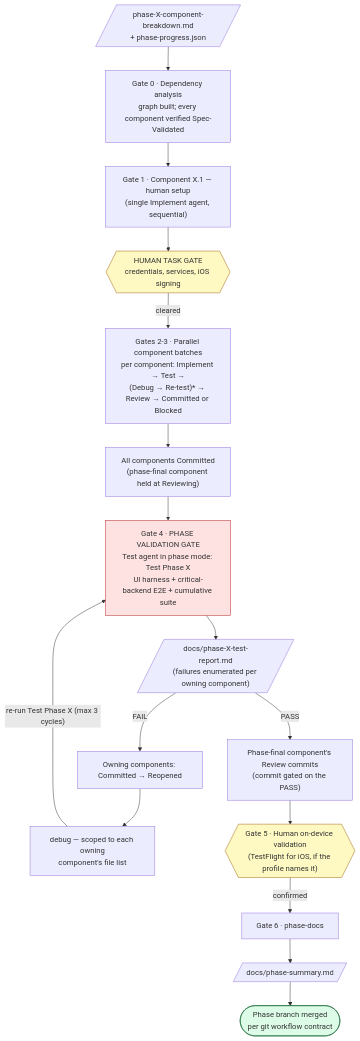
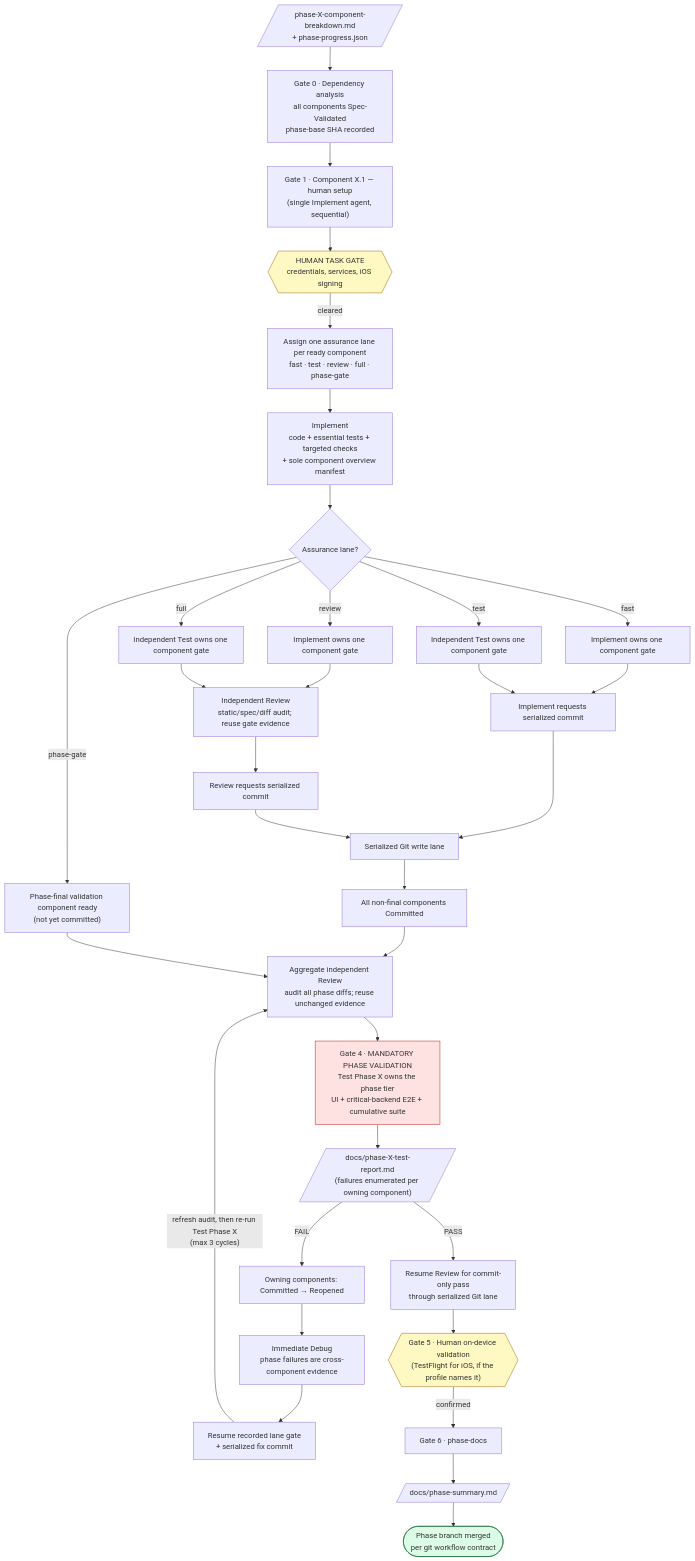
One commit to sjmeehan9/tycoon changed the sixth of 11 diagrams in supporting-files/AGENT_FLOWS.md. Above: the diagram before and after it, drawn with Mermaid. The commit also changed other lines of this file and 67 other files, not shown here.

````diff
--- a/supporting-files/AGENT_FLOWS.md
+++ b/supporting-files/AGENT_FLOWS.md
@@ -237,23 +248,40 @@
 ```mermaid
 flowchart TD
-    Inputs[/"phase-X-component-breakdown.md<br/>+ phase-progress.json"/] --> G0["Gate 0 · Dependency analysis<br/>graph built; every component verified Spec-Validated"]
+    Inputs[/"phase-X-component-breakdown.md<br/>+ phase-progress.json"/] --> G0["Gate 0 · Dependency analysis<br/>all components Spec-Validated<br/>phase-base SHA recorded"]
     G0 --> X1["Gate 1 · Component X.1 — human setup<br/>(single Implement agent, sequential)"]
     X1 --> HTG{{"HUMAN TASK GATE<br/>credentials, services, iOS signing"}}
-    HTG -->|cleared| Batch["Gates 2-3 · Parallel component batches<br/>per component: Implement → Test →<br/>(Debug → Re-test)* → Review → Committed or Blocked"]
-    Batch --> AllC["All components Committed<br/>(phase-final component held at Reviewing)"]
-    AllC --> PVG["Gate 4 · PHASE VALIDATION GATE<br/>Test agent in phase mode: Test Phase X<br/>UI harness + critical-backend E2E + cumulative suite"]
+    HTG -->|cleared| Assign["Assign one assurance lane per ready component<br/>fast · test · review · full · phase-gate"]
+    Assign --> Impl["Implement<br/>code + essential tests + targeted checks<br/>+ sole component overview manifest"]
+    Impl --> Lane{"Assurance lane?"}
+    Lane -->|fast| IGate["Implement owns one component gate"]
+    Lane -->|test| TGate["Independent Test owns one component gate"]
+    Lane -->|review| IGateR["Implement owns one component gate"]
+    Lane -->|full| TGateR["Independent Test owns one component gate"]
+    IGate --> ICommit["Implement requests serialized commit"]
+    TGate --> ICommit
+    IGateR --> R["Independent Review<br/>static/spec/diff audit; reuse gate evidence"]
+    TGateR --> R
+    R --> RCommit["Review requests serialized commit"]
+    ICommit --> CommitLane["Serialized Git write lane"]
+    RCommit --> CommitLane
+    CommitLane --> AllC["All non-final components Committed"]
+    Lane -->|phase-gate| FinalReady["Phase-final validation component ready<br/>(not yet committed)"]
+    AllC --> Audit["Aggregate independent Review<br/>audit all phase diffs; reuse unchanged evidence"]
+    FinalReady --> Audit
+    Audit --> PVG["Gate 4 · MANDATORY PHASE VALIDATION<br/>Test Phase X owns the phase tier<br/>UI + critical-backend E2E + cumulative suite"]
     PVG --> Report[/"docs/phase-X-test-report.md<br/>(failures enumerated per owning component)"/]
     Report -->|FAIL| Reopen["Owning components: Committed → Reopened"]
-    Reopen --> DebugP["debug — scoped to each owning<br/>component's file list"]
-    DebugP -->|"re-run Test Phase X (max 3 cycles)"| PVG
-    Report -->|PASS| FinalCommit["Phase-final component's Review commits<br/>(commit gated on the PASS)"]
+    Reopen --> DebugP["Immediate Debug<br/>phase failures are cross-component evidence"]
+    DebugP --> FixGate["Resume recorded lane gate<br/>+ serialized fix commit"]
+    FixGate -->|"refresh audit, then re-run Test Phase X<br/>(max 3 cycles)"| Audit
+    Report -->|PASS| FinalCommit["Resume Review for commit-only pass<br/>through serialized Git lane"]
     FinalCommit --> OnDevice{{"Gate 5 · Human on-device validation<br/>(TestFlight for iOS, if the profile names it)"}}
     OnDevice -->|confirmed| PD["Gate 6 · phase-docs"]
     PD --> Summary[/"docs/phase-summary.md"/]
     Summary --> Merge([Phase branch merged<br/>per git workflow contract])
 
     style HTG fill:#fef9c3,stroke:#a16207
     style OnDevice fill:#fef9c3,stroke:#a16207
     style PVG fill:#fee2e2,stroke:#b91c1c
     style Merge fill:#dcfce7,stroke:#166534
 ```
````
